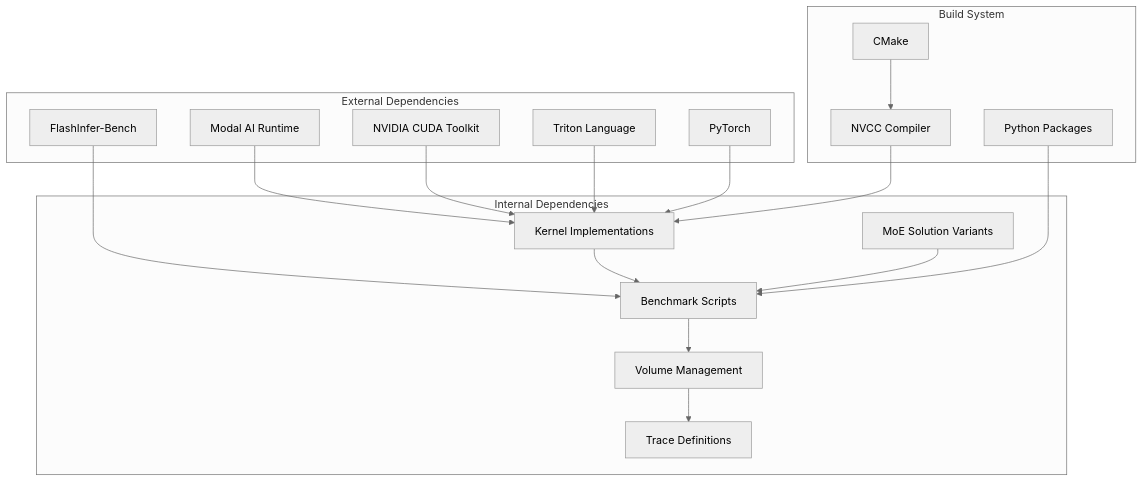
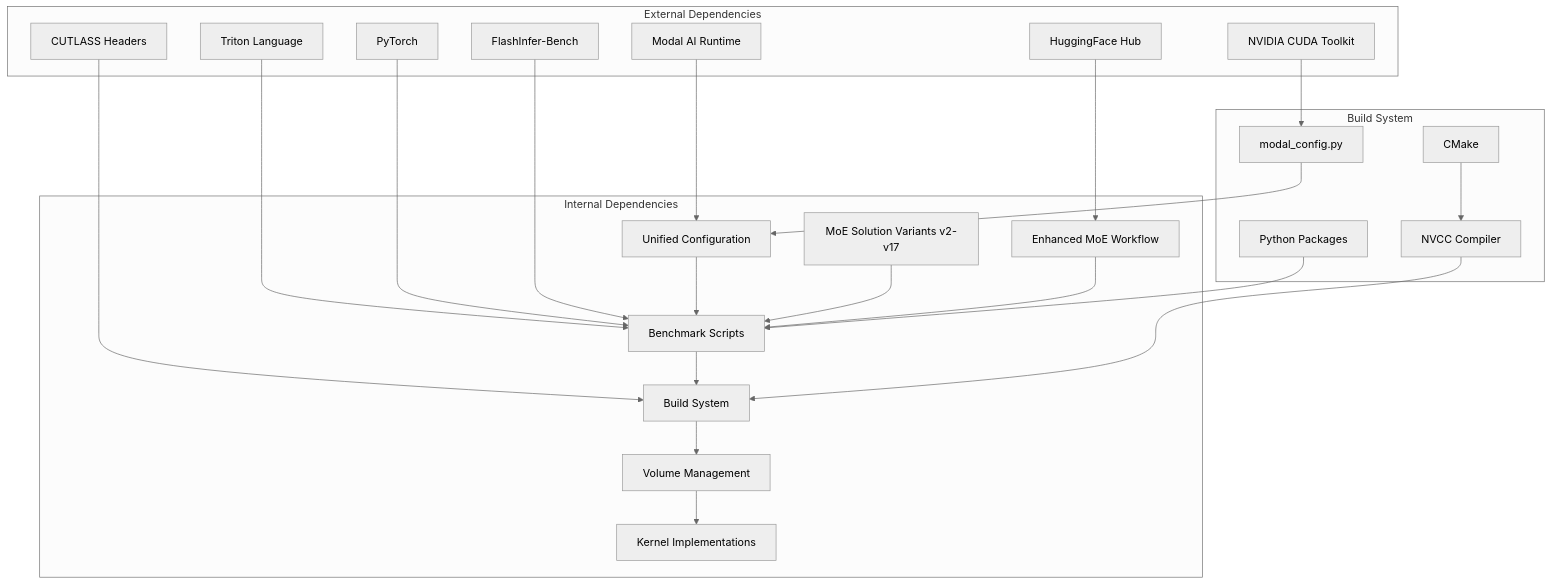
One commit to gugudeshubao/flashinfer-bench-tma-thrust changed diagram 12 of 12 in .qoder/repowiki/en/content/Benchmarking Framework/Enhanced Benchmarking Framework.md. Above: the diagram before and after it, drawn with Mermaid (neutral theme). The commit also changed other lines of this file and 46 other files, not shown here.

````diff
--- a/.qoder/repowiki/en/content/Benchmarking Framework/Enhanced Benchmarking Framework.md
+++ b/.qoder/repowiki/en/content/Benchmarking Framework/Enhanced Benchmarking Framework.md
@@ -406,34 +602,44 @@
 ```mermaid
 graph TB
 subgraph "External Dependencies"
 A[Modal AI Runtime]
 B[NVIDIA CUDA Toolkit]
 C[Triton Language]
 D[PyTorch]
 E[FlashInfer-Bench]
+F[CUTLASS Headers]
+G[HuggingFace Hub]
 end
 subgraph "Internal Dependencies"
-F[Kernel Implementations]
-G[Benchmark Scripts]
-H[Volume Management]
-I[Trace Definitions]
-J[MoE Solution Variants]
+H[Unified Configuration]
+I[Benchmark Scripts]
+J[Build System]
+K[Volume Management]
+L[Kernel Implementations]
+M[MoE Solution Variants v2-v17]
+N[Enhanced MoE Workflow]
 end
 subgraph "Build System"
-K[CMake]
-L[NVCC Compiler]
-M[Python Packages]
+O[CMake]
+P[NVCC Compiler]
+Q[Python Packages]
+R[modal_config.py]
 end
-A --> F
-B --> F
-C --> F
-D --> F
-E --> G
-F --> G
-G --> H
+A --> H
+B --> R
+C --> I
+D --> I
+E --> I
+F --> J
+G --> N
 H --> I
-J --> G
+I --> J
+J --> K
 K --> L
-L --> F
-M --> G
+M --> I
+N --> I
+O --> P
+P --> J
+Q --> I
+R --> H
 ```
````
